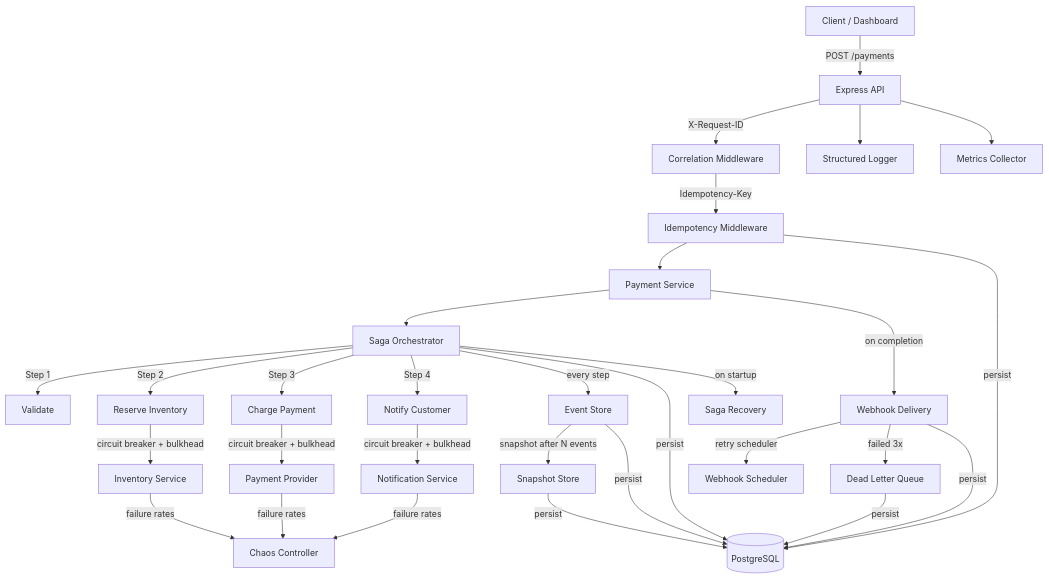
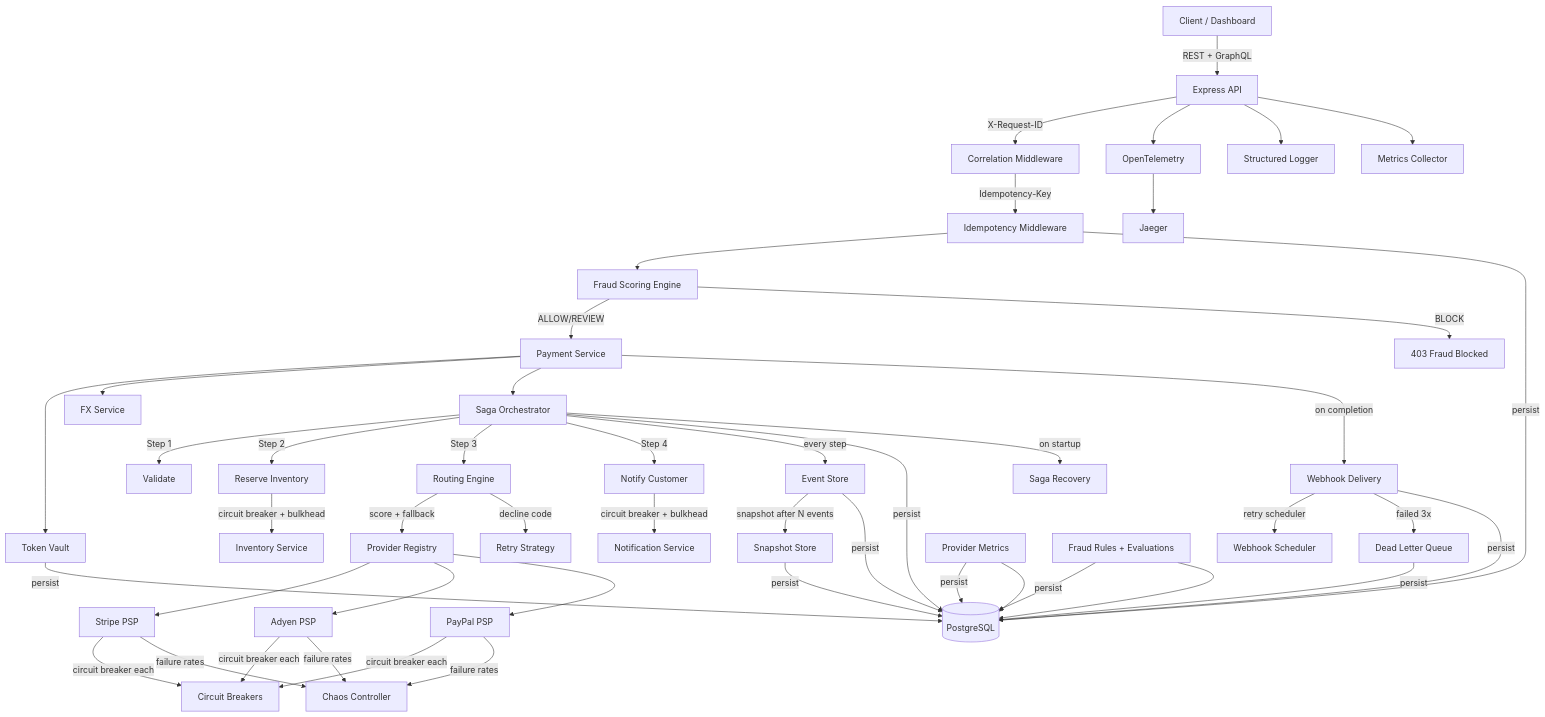
Before and after one commit to JamilAfouri99/payment-orchestrator: the diagram in README.md, drawn with Mermaid. The commit also changed other lines of this file and 73 other files, not shown here.

First line of the commit message:
feat: add multi-provider routing, fraud scoring, tokenization, FX, GraphQL, and OpenTelemetry

````diff
--- a/README.md
+++ b/README.md
@@ -90,25 +94,38 @@
 ```mermaid
 graph TD
-    Client[Client / Dashboard] -->|POST /payments| API[Express API]
+    Client[Client / Dashboard] -->|REST + GraphQL| API[Express API]
     API -->|X-Request-ID| COR[Correlation Middleware]
     COR -->|Idempotency-Key| IM[Idempotency Middleware]
-    IM --> PS[Payment Service]
+    IM --> FS[Fraud Scoring Engine]
+    FS -->|ALLOW/REVIEW| PS[Payment Service]
+    FS -->|BLOCK| REJECT[403 Fraud Blocked]
+    PS --> TV[Token Vault]
+    PS --> FX[FX Service]
     PS --> SO[Saga Orchestrator]
     SO -->|Step 1| V[Validate]
     SO -->|Step 2| RI[Reserve Inventory]
-    SO -->|Step 3| CP[Charge Payment]
+    SO -->|Step 3| RE[Routing Engine]
     SO -->|Step 4| N[Notify Customer]
+    RE -->|score + fallback| PR[Provider Registry]
+    PR --> SP[Stripe PSP]
+    PR --> AP[Adyen PSP]
+    PR --> PP[PayPal PSP]
+    SP & AP & PP -->|circuit breaker each| CB[Circuit Breakers]
+    SP & AP & PP -->|failure rates| CC[Chaos Controller]
+    RE -->|decline code| RS[Retry Strategy]
     RI -->|circuit breaker + bulkhead| IS[Inventory Service]
-    CP -->|circuit breaker + bulkhead| PP[Payment Provider]
     N -->|circuit breaker + bulkhead| NS[Notification Service]
-    IS & PP & NS -->|failure rates| CC[Chaos Controller]
     SO -->|every step| ES[Event Store]
     ES -->|snapshot after N events| SS[Snapshot Store]
     PS -->|on completion| WH[Webhook Delivery]
     WH -->|retry scheduler| WS[Webhook Scheduler]
     WH -->|failed 3x| DLQ[Dead Letter Queue]
-    ES & SS & SO & IM & WH & DLQ -->|persist| DB[(PostgreSQL)]
+    ES & SS & SO & IM & WH & DLQ & PM & FR & TV -->|persist| DB[(PostgreSQL)]
+    PM[Provider Metrics] --> DB
+    FR[Fraud Rules + Evaluations] --> DB
+    API --> OT[OpenTelemetry]
+    OT --> JA[Jaeger]
     API --> LOG[Structured Logger]
     API --> MET[Metrics Collector]
     SO -->|on startup| SR[Saga Recovery]
 ```
````
